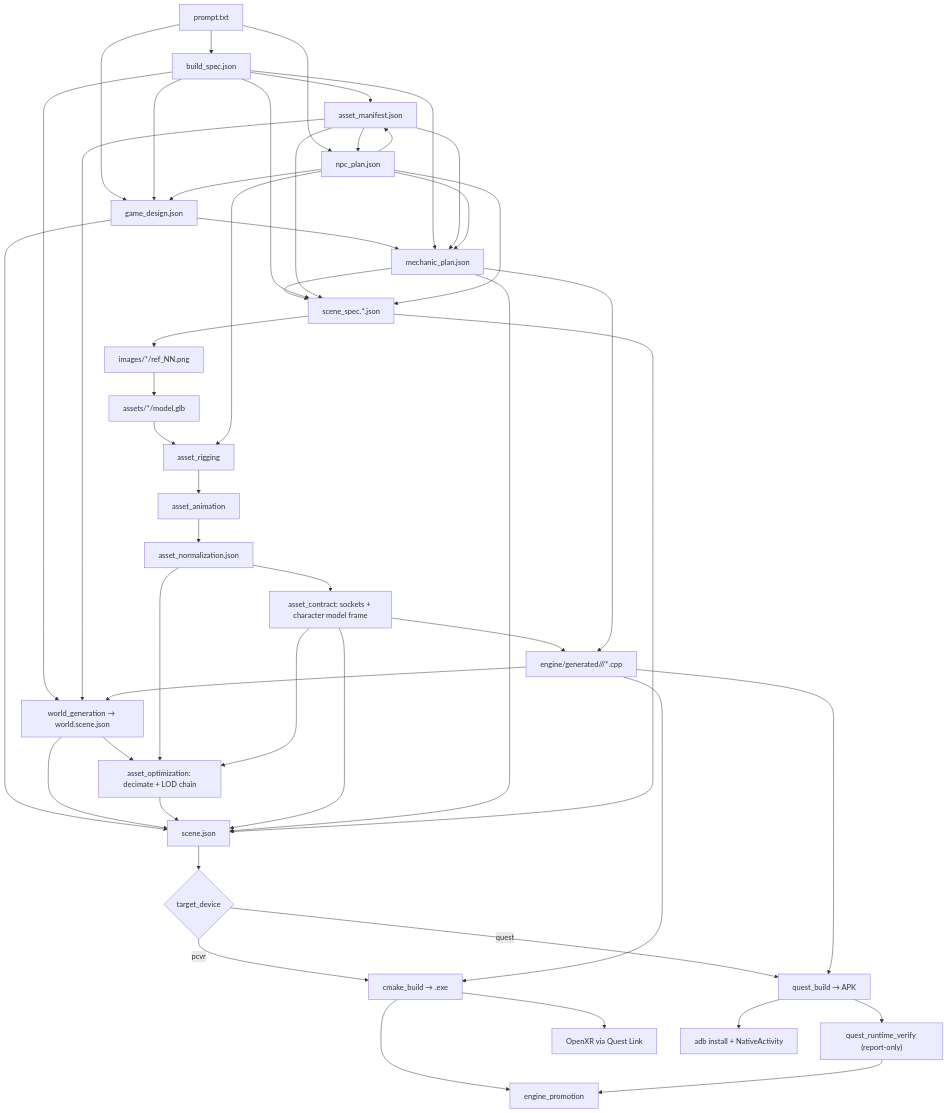
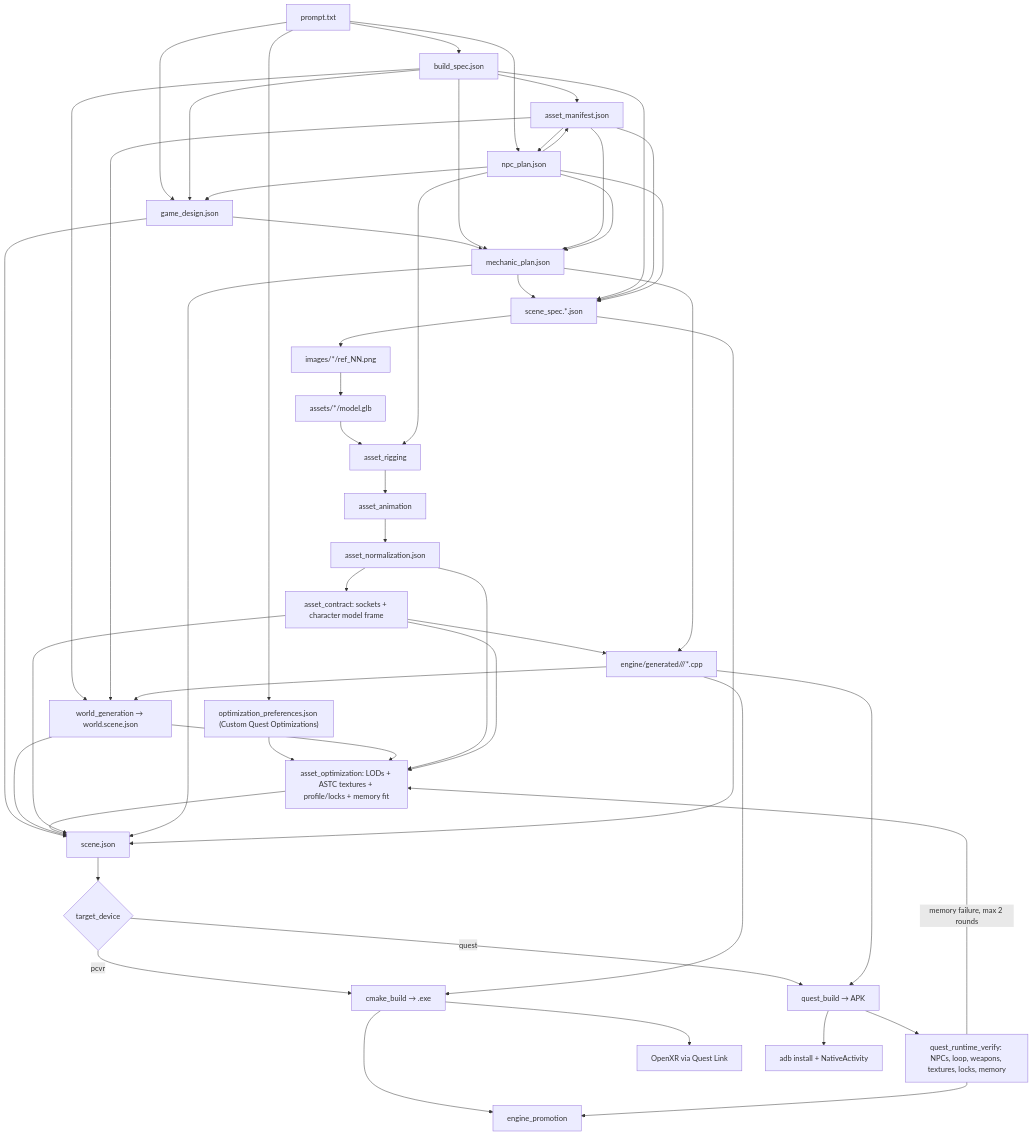
Before and after one commit to FriimanTech/Prompt-To-VR: the diagram in docs/architecture.md, drawn with Mermaid. The commit also changed other lines of this file and 98 other files, not shown here.

Commit message:
FulL Texture and Memory Optimization Update 1

````diff
--- a/docs/architecture.md
+++ b/docs/architecture.md
@@ -46,50 +46,53 @@
 ```mermaid
 flowchart TD
   Prompt[prompt.txt] --> BuildSpec[build_spec.json]
+  Prompt --> OptPrefs["optimization_preferences.json (Custom Quest Optimizations)"]
+  OptPrefs --> Optimize
   BuildSpec --> AssetManifest[asset_manifest.json]
   Prompt --> NpcPlan[npc_plan.json]
   AssetManifest --> NpcPlan
   NpcPlan --> AssetManifest
   Prompt --> GameDesign[game_design.json]
   BuildSpec --> GameDesign
   NpcPlan --> GameDesign
   GameDesign --> MechanicPlan
   GameDesign --> SceneCompile
   BuildSpec --> MechanicPlan[mechanic_plan.json]
   AssetManifest --> MechanicPlan
   NpcPlan --> MechanicPlan
   MechanicPlan --> SceneSpec[scene_spec.*.json]
   BuildSpec --> SceneSpec
   AssetManifest --> SceneSpec
   NpcPlan --> SceneSpec
   SceneSpec --> Refs[images/*/ref_NN.png]
   Refs --> Tripo[assets/*/model.glb]
   Tripo --> Rigging[asset_rigging]
   Rigging --> Animation[asset_animation]
   Animation --> Normalize[asset_normalization.json]
   NpcPlan --> Rigging
   Normalize --> Contract["asset_contract: sockets + character model frame"]
   Contract --> CppGen
   MechanicPlan --> CppGen["engine/generated/<kind>/<project_id>/*.cpp"]
   BuildSpec --> WorldGen
   AssetManifest --> WorldGen
   CppGen --> WorldGen[world_generation → world.scene.json]
-  WorldGen --> Optimize["asset_optimization: decimate + LOD chain"]
+  WorldGen --> Optimize["asset_optimization: LODs + ASTC textures + profile/locks + memory fit"]
   Normalize --> Optimize
   Contract --> Optimize
   WorldGen --> SceneCompile[scene.json]
   Optimize --> SceneCompile
   Contract --> SceneCompile
   MechanicPlan --> SceneCompile
   SceneSpec --> SceneCompile
   SceneCompile --> BuildTail{target_device}
   BuildTail -->|pcvr| CMake[cmake_build → .exe]
   BuildTail -->|quest| QuestApk[quest_build → APK]
   CppGen --> CMake
   CppGen --> QuestApk
   CMake --> Promote[engine_promotion]
-  QuestApk --> QuestVerify["quest_runtime_verify (report-only)"]
+  QuestApk --> QuestVerify["quest_runtime_verify: NPCs, loop, weapons, textures, locks, memory"]
+  QuestVerify -->|memory failure, max 2 rounds| Optimize
   QuestVerify --> Promote
   CMake --> Launch[OpenXR via Quest Link]
   QuestApk --> AdbLaunch[adb install + NativeActivity]
 ```
````
